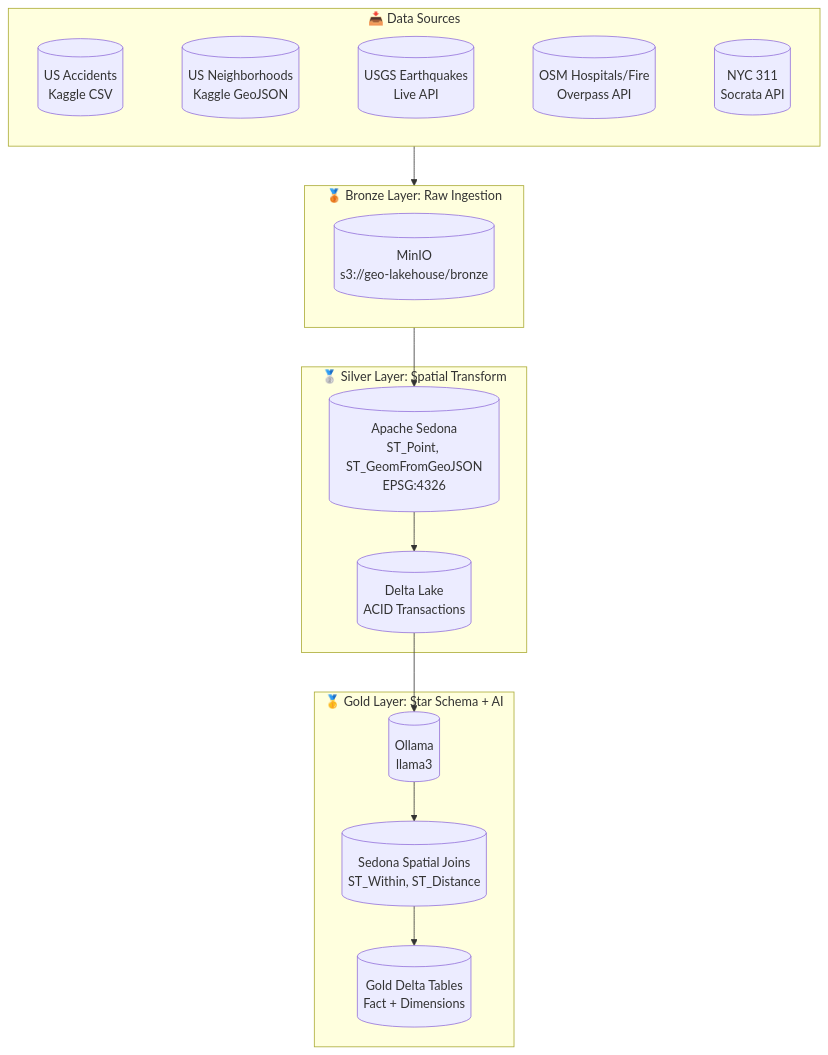
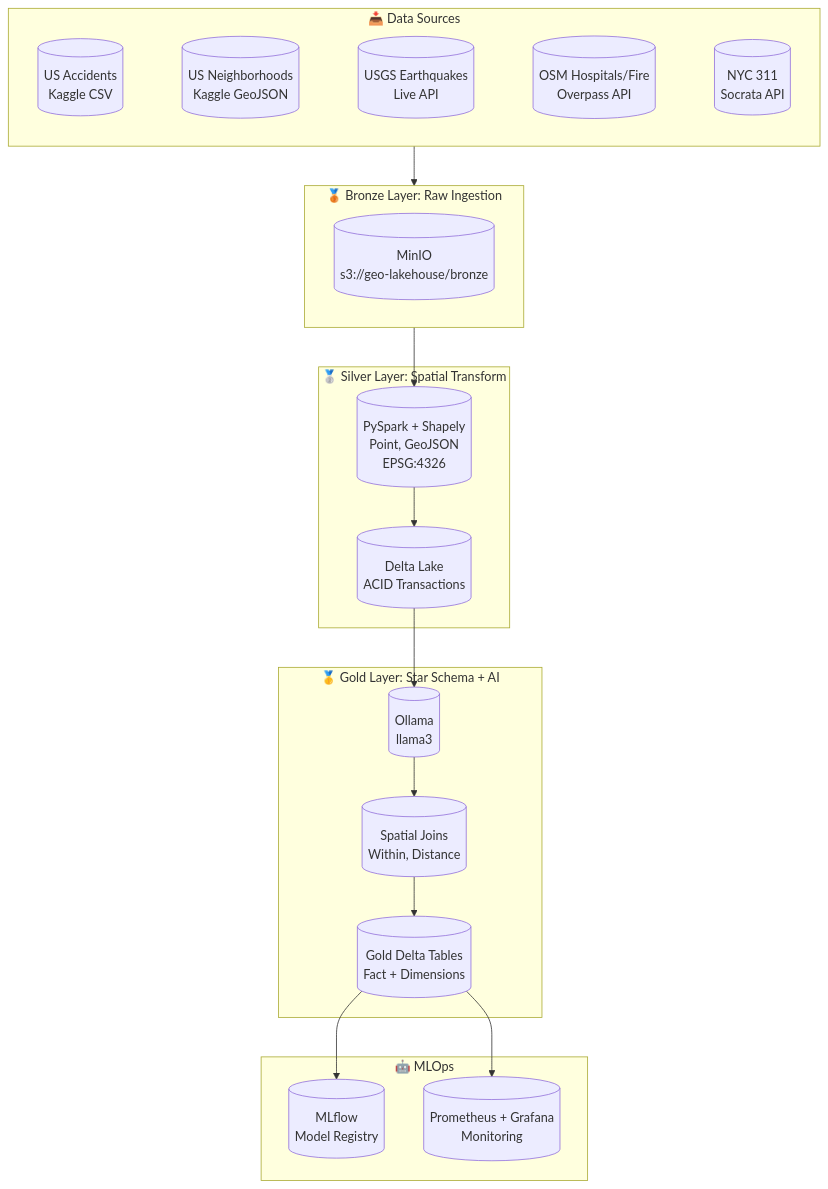
One commit to matiasmagni/geo-ai-medallion-architecture-pipeline changed the first of 4 diagrams in README.md. Above: the diagram before and after it, drawn with Mermaid. The commit also changed other lines of this file and 2 other files, not shown here.

First line of the commit message:
Add: NYC healthcare ML models, Grafana dashboards, and 3D heatmap

````diff
--- a/README.md
+++ b/README.md
@@ -33,29 +37,36 @@
 ```mermaid
 flowchart TB
     subgraph Sources["📥 Data Sources"]
         direction LR
         S1[("US Accidents<br/>Kaggle CSV")] ~~~ S2[("US Neighborhoods<br/>Kaggle GeoJSON")] ~~~ S3[("USGS Earthquakes<br/>Live API")] ~~~ S4[("OSM Hospitals/Fire<br/>Overpass API")] ~~~ S5[("NYC 311<br/>Socrata API")]
     end
     
     subgraph Bronze["🥉 Bronze Layer: Raw Ingestion"]
         B[("MinIO<br/>s3://geo-lakehouse/bronze")]
     end
     
     subgraph Silver["🥈 Silver Layer: Spatial Transform"]
-        ST[("Apache Sedona<br/>ST_Point, ST_GeomFromGeoJSON<br/>EPSG:4326")]
+        ST[("PySpark + Shapely<br/>Point, GeoJSON<br/>EPSG:4326")]
         SDelta[("Delta Lake<br/>ACID Transactions")]
     end
     
     subgraph Gold["🥇 Gold Layer: Star Schema + AI"]
         Ollama[("Ollama<br/>llama3")]
-        SJ[("Sedona Spatial Joins<br/>ST_Within, ST_Distance")]
+        SJ[("Spatial Joins<br/>Within, Distance")]
         GF[("Gold Delta Tables<br/>Fact + Dimensions")]
+    end
+    
+    subgraph MLOps["🤖 MLOps"]
+        ML[("MLflow<br/>Model Registry")]
+        MON[("Prometheus + Grafana<br/>Monitoring")]
     end
     
     Sources --> Bronze
     Bronze --> ST
     ST --> SDelta
     SDelta --> Ollama
     Ollama --> SJ
     SJ --> GF
+    GF --> ML
+    GF --> MON
 ```
````
